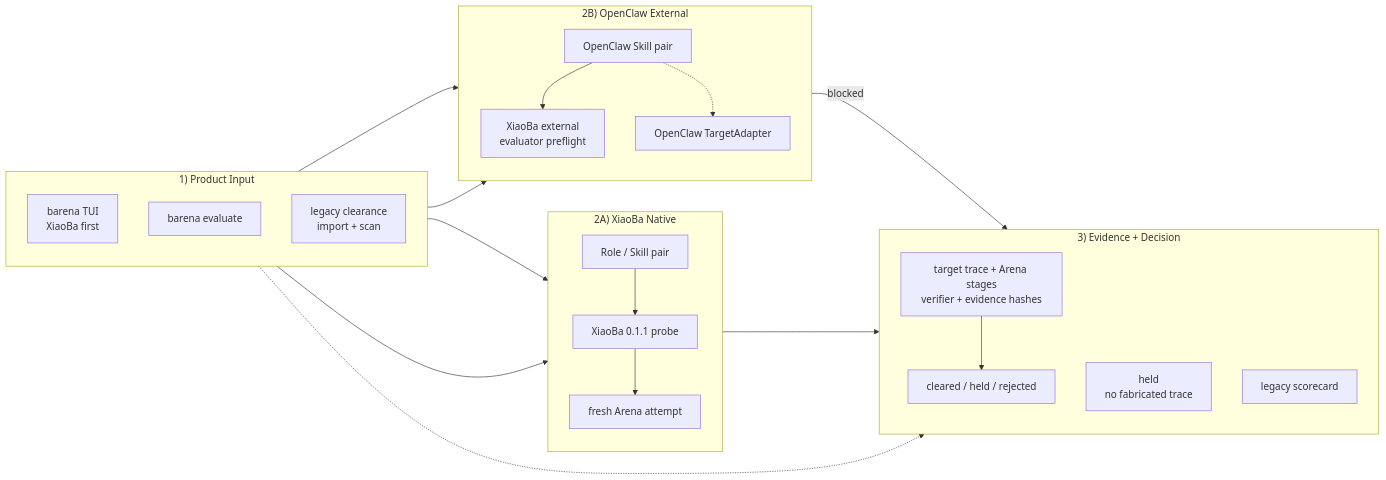
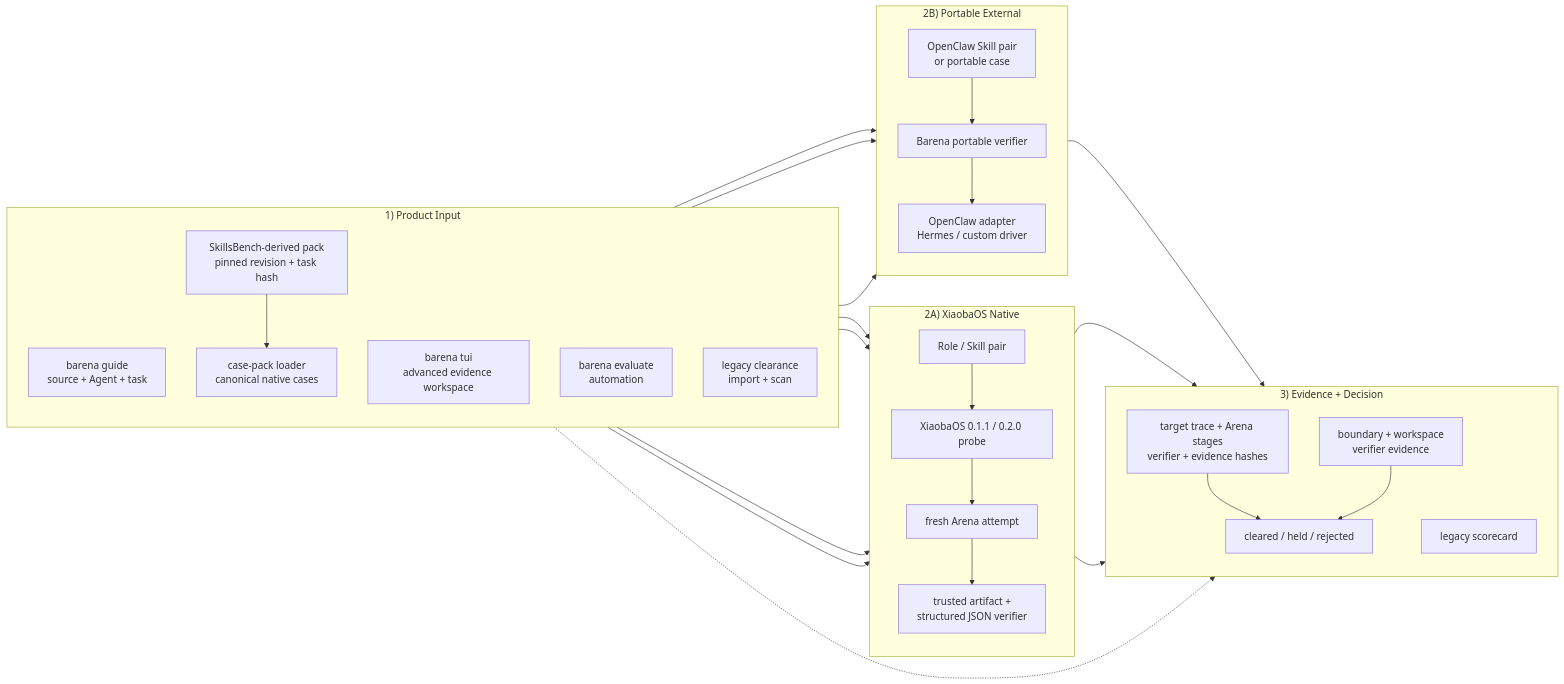
One commit to fightheyyy/barena changed the second of 3 diagrams in docs/SPEC.md. Above: the diagram before and after it, drawn with Mermaid. The commit also changed other lines of this file and 75 other files, not shown here.

````diff
--- a/docs/SPEC.md
+++ b/docs/SPEC.md
@@ -118,43 +124,52 @@
 ```mermaid
 flowchart LR
     subgraph Input["1) Product Input"]
         direction TB
-        TUI["barena TUI<br/>XiaoBa first"]
-        CLI["barena evaluate"]
+        Guide["barena guide<br/>source + Agent + task"]
+        TUI["barena tui<br/>advanced evidence workspace"]
+        CLI["barena evaluate<br/>automation"]
+        Derived["SkillsBench-derived pack<br/>pinned revision + task hash"]
+        CaseLoader["case-pack loader<br/>canonical native cases"]
         Legacy["legacy clearance<br/>import + scan"]
+        Derived --> CaseLoader
     end
 
-    subgraph Native["2A) XiaoBa Native"]
+    subgraph Native["2A) XiaobaOS Native"]
         direction TB
         NativePair["Role / Skill pair"]
-        Probe["XiaoBa 0.1.1 probe"]
+        Probe["XiaobaOS 0.1.1 / 0.2.0 probe"]
         Arena["fresh Arena attempt"]
+        Structured["trusted artifact +<br/>structured JSON verifier"]
         NativePair --> Probe --> Arena
+        Arena --> Structured
     end
 
-    subgraph External["2B) OpenClaw External"]
+    subgraph External["2B) Portable External"]
         direction TB
-        ExternalPair["OpenClaw Skill pair"]
-        EvalProbe["XiaoBa external<br/>evaluator preflight"]
-        OpenClaw["OpenClaw TargetAdapter"]
-        ExternalPair --> EvalProbe
-        ExternalPair -.-> OpenClaw
+        ExternalPair["OpenClaw Skill pair<br/>or portable case"]
+        PortableEval["Barena portable verifier"]
+        Targets["OpenClaw adapter<br/>Hermes / custom driver"]
+        ExternalPair --> PortableEval --> Targets
     end
 
     subgraph Output["3) Evidence + Decision"]
         direction TB
         NativeEvidence["target trace + Arena stages<br/>verifier + evidence hashes"]
         Decision["cleared / held / rejected"]
-        Held["held<br/>no fabricated trace"]
+        PortableEvidence["boundary + workspace<br/>verifier evidence"]
         LegacyScore["legacy scorecard"]
         NativeEvidence --> Decision
     end
 
+    Guide --> NativePair
+    Guide --> ExternalPair
     TUI --> NativePair
     CLI --> NativePair
+    CaseLoader --> NativePair
     TUI --> ExternalPair
     CLI --> ExternalPair
     Arena --> NativeEvidence
-    EvalProbe -->|"blocked"| Held
+    Structured --> NativeEvidence
+    Targets --> PortableEvidence --> Decision
     Legacy -.-> LegacyScore
 ```
````
